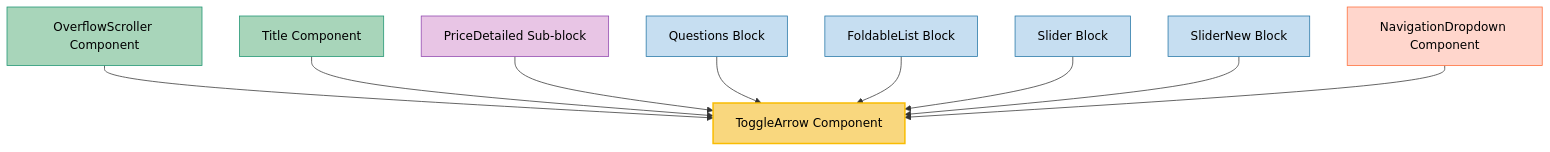
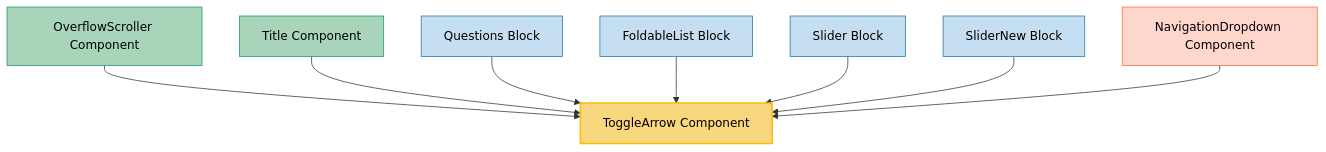
The diagram in memory-bank/usage/toggleArrow.md (gravity-ui/page-constructor), drawn with Mermaid before and after one commit. The commit also changed other lines of this file and 38 other files, not shown here.

````diff
--- a/memory-bank/usage/toggleArrow.md
+++ b/memory-bank/usage/toggleArrow.md
@@ -11,50 +11,43 @@
 ```mermaid
 graph TD
     %% Main Component
     ToggleArrow[ToggleArrow Component]
 
     %% Components
     OverflowScroller[OverflowScroller Component]
     Title[Title Component]
-
-    %% Sub-blocks
-    PriceDetailed[PriceDetailed Sub-block]
 
     %% Blocks
     Questions[Questions Block]
     FoldableList[FoldableList Block]
     Slider[Slider Block]
     SliderNew[SliderNew Block]
 
     %% Navigation
     NavigationDropdown[NavigationDropdown Component]
 
     %% Usage relationships
     OverflowScroller --> ToggleArrow
     Title --> ToggleArrow
-    PriceDetailed --> ToggleArrow
     Questions --> ToggleArrow
     FoldableList --> ToggleArrow
     Slider --> ToggleArrow
     SliderNew --> ToggleArrow
     NavigationDropdown --> ToggleArrow
 
     %% Style classes
     style ToggleArrow fill:#f9d77e,stroke:#f9bc02,stroke-width:2px,color:#000
 
     %% Component styles
     style OverflowScroller fill:#a8d5ba,stroke:#1a936f,stroke-width:1px,color:#000
     style Title fill:#a8d5ba,stroke:#1a936f,stroke-width:1px,color:#000
 
-    %% Sub-block styles
-    style PriceDetailed fill:#e8c5e5,stroke:#8e44ad,stroke-width:1px,color:#000
-
     %% Block styles
     style Questions fill:#c6def1,stroke:#2274a5,stroke-width:1px,color:#000
     style FoldableList fill:#c6def1,stroke:#2274a5,stroke-width:1px,color:#000
     style Slider fill:#c6def1,stroke:#2274a5,stroke-width:1px,color:#000
     style SliderNew fill:#c6def1,stroke:#2274a5,stroke-width:1px,color:#000
 
     %% Navigation styles
     style NavigationDropdown fill:#ffd6cc,stroke:#ff6b35,stroke-width:1px,color:#000
 ```
````
